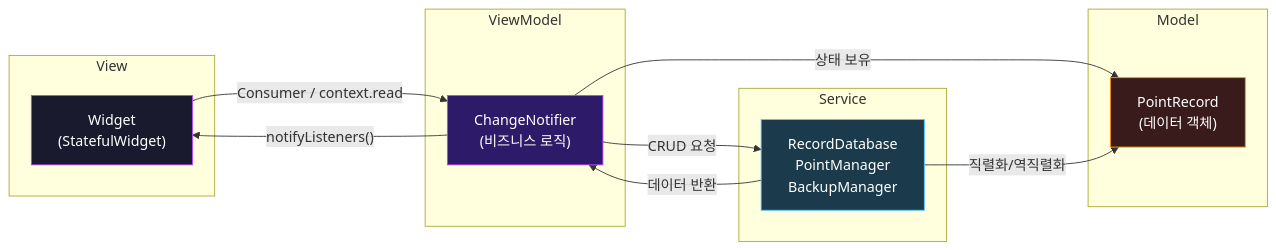
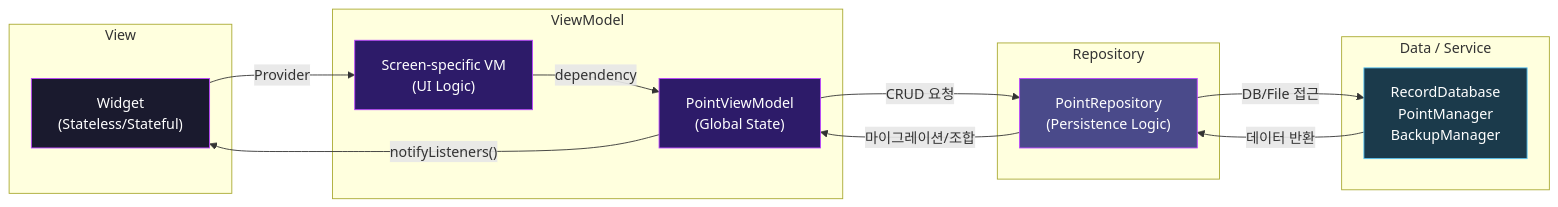
The second of 18 diagrams in docs/ARCHITECTURE.md (goodsw4all/wawapoint_flutter), drawn with Mermaid before and after one commit. The commit also changed other lines of this file and 8 other files, not shown here.

Commit message:
feat: Introduce dedicated view models and a point repository to enhance application architecture and state management.

````diff
--- a/docs/ARCHITECTURE.md
+++ b/docs/ARCHITECTURE.md
@@ -157,30 +168,33 @@
 ```mermaid
 graph LR
     subgraph "View"
-        V1["Widget<br/>(StatefulWidget)"]
+        V1["Widget<br/>(Stateless/Stateful)"]
     end
 
     subgraph "ViewModel"
-        VM1["ChangeNotifier<br/>(비즈니스 로직)"]
+        VM1["Screen-specific VM<br/>(UI Logic)"]
+        VM2["PointViewModel<br/>(Global State)"]
     end
 
-    subgraph "Model"
-        M1["PointRecord<br/>(데이터 객체)"]
+    subgraph "Repository"
+        R1["PointRepository<br/>(Persistence Logic)"]
     end
 
-    subgraph "Service"
+    subgraph "Data / Service"
         S1["RecordDatabase<br/>PointManager<br/>BackupManager"]
     end
 
-    V1 -- "Consumer / context.read" --> VM1
-    VM1 -- "notifyListeners()" --> V1
-    VM1 -- "CRUD 요청" --> S1
-    S1 -- "데이터 반환" --> VM1
-    VM1 -- "상태 보유" --> M1
-    S1 -- "직렬화/역직렬화" --> M1
+    V1 -- "Provider" --> VM1
+    VM1 -- "dependency" --> VM2
+    VM2 -- "CRUD 요청" --> R1
+    R1 -- "DB/File 접근" --> S1
+    S1 -- "데이터 반환" --> R1
+    R1 -- "마이그레이션/조합" --> VM2
+    VM2 -- "notifyListeners()" --> V1
 
     style V1 fill:#1a1a2e,stroke:#BB44FF,color:#fff
     style VM1 fill:#2d1b69,stroke:#BB44FF,color:#fff
-    style M1 fill:#3a1b1b,stroke:#FF9500,color:#fff
+    style VM2 fill:#2d1b69,stroke:#BB44FF,color:#fff
+    style R1 fill:#4a4a8a,stroke:#BB44FF,color:#fff
     style S1 fill:#1b3a4b,stroke:#5AC8FA,color:#fff
 ```
````
